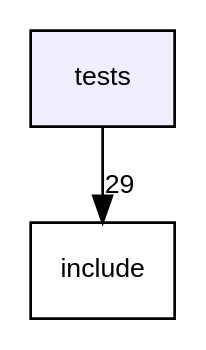
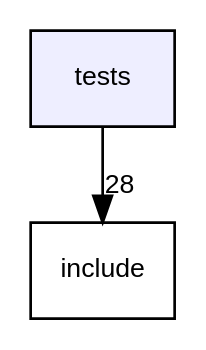
One commit to acgetchell/CDT-plusplus changed the diagram in dir_59425e443f801f1f2fd8bbe4959a3ccf_dep.dot. Above: the diagram before and after it, drawn with Graphviz. The commit also changed 215 other files, not shown here.

```diff
--- a/dir_59425e443f801f1f2fd8bbe4959a3ccf_dep.dot
+++ b/dir_59425e443f801f1f2fd8bbe4959a3ccf_dep.dot
@@ -1,8 +1,8 @@
 digraph "tests" {
   compound=true
   node [ fontsize="10", fontname="Helvetica"];
   edge [ labelfontsize="10", labelfontname="Helvetica"];
   dir_59425e443f801f1f2fd8bbe4959a3ccf [shape=box, label="tests", style="filled", fillcolor="#eeeeff", pencolor="black", URL="dir_59425e443f801f1f2fd8bbe4959a3ccf.html"];
   dir_d44c64559bbebec7f509842c48db8b23 [shape=box label="include" URL="dir_d44c64559bbebec7f509842c48db8b23.html"];
-  dir_59425e443f801f1f2fd8bbe4959a3ccf->dir_d44c64559bbebec7f509842c48db8b23 [headlabel="29", labeldistance=1.5 headhref="dir_000002_000000.html"];
+  dir_59425e443f801f1f2fd8bbe4959a3ccf->dir_d44c64559bbebec7f509842c48db8b23 [headlabel="28", labeldistance=1.5 headhref="dir_000002_000000.html"];
 }
```
